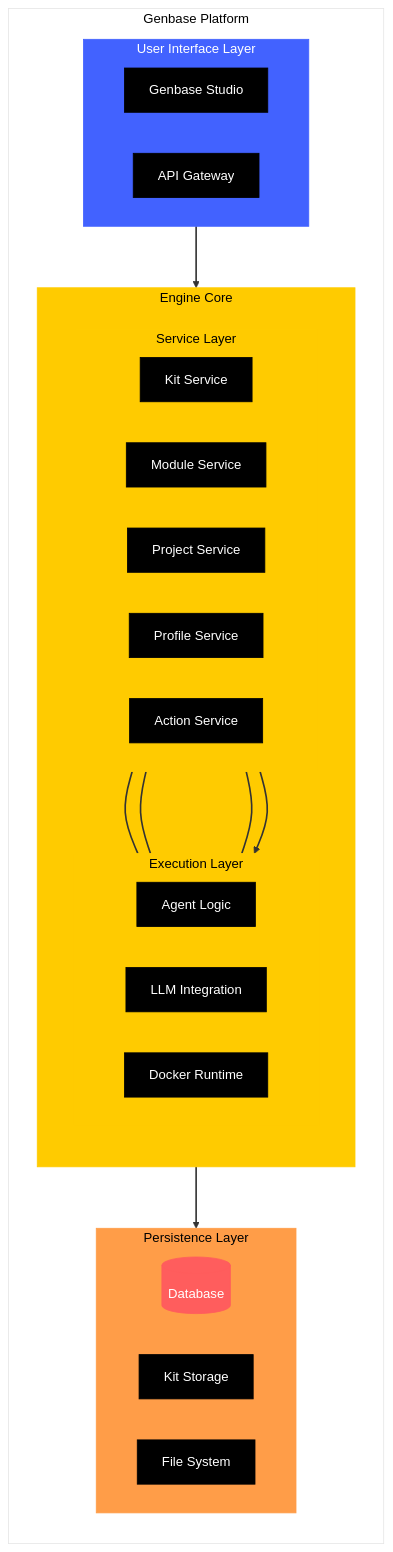
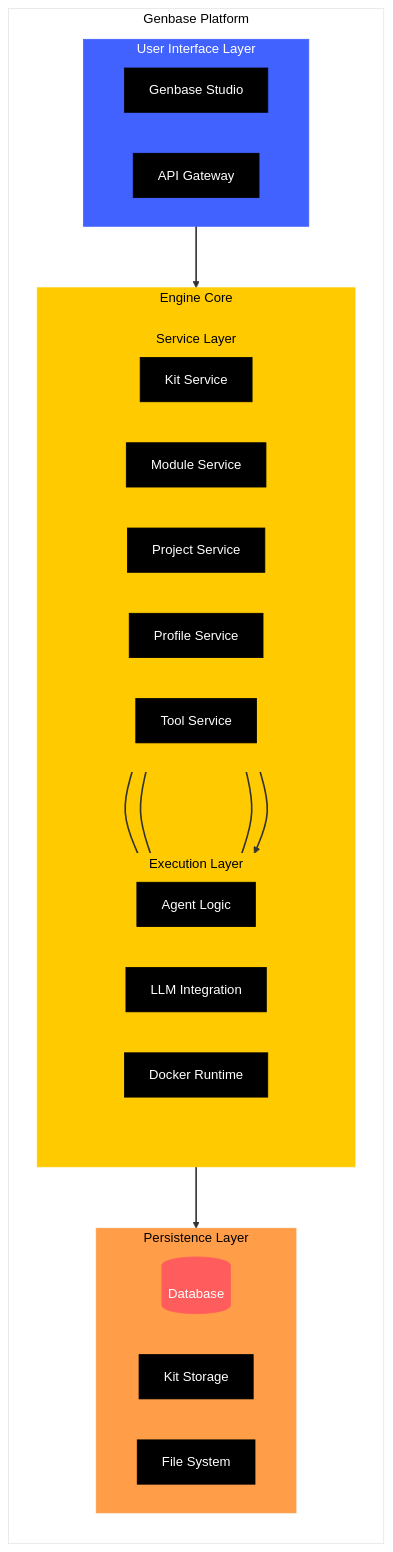
Before and after one commit to genbase-project/genbase: the diagram in docs/content/docs/index.mdx, drawn with Mermaid (forest theme). The commit also changed other lines of this file and 55 other files, not shown here.

Commit message:
rename action to tool

````diff
--- a/docs/content/docs/index.mdx
+++ b/docs/content/docs/index.mdx
@@ -98,72 +98,72 @@
 ```mermaid
 flowchart TD
     subgraph Genbase["Genbase Platform"]
         direction TB
         
         subgraph UI["User Interface Layer"]
             direction LR
             Studio["Genbase Studio"]
             API["API Gateway"]
         end
         
         UI --> Core
         
         subgraph Core["Engine Core"]
             direction TB
             
             subgraph Services["Service Layer"]
                 direction LR
                 KitSvc["Kit Service"]
                 ModuleSvc["Module Service"]
                 ProjectSvc["Project Service"]
                 ProfileSvc["Profile Service"]
-                ActionSvc["Action Service"]
+                ToolSvc["Tool Service"]
             end
             
             Services --> Execution
             
             subgraph Execution["Execution Layer"]
                 direction LR
                 Agents["Agent Logic"]
                 Models["LLM Integration"]
                 Docker["Docker Runtime"]
             end
         end
         
         Core --> Data
         
         subgraph Data["Persistence Layer"]
             direction LR
             DB[("Database")]
             KitStore["Kit Storage"]
             FileSystem["File System"]
         end
     end
     
     %% Straight line connections for key relationships
     ProfileSvc --- Agents
     ProfileSvc --- Models
-    ActionSvc --- Docker
+    ToolSvc --- Docker
     
     %% Styling based on Miro example with larger blocks
     classDef platform fill:#FFFFFF,color:#000000,stroke:#E6E6E6,stroke-width:1px
     classDef uiLayer fill:#4262FF,color:#FFFFFF,stroke:#4262FF
     classDef coreLayer fill:#FFCB00,color:#000000,stroke:#FFCB00
     classDef serviceLayer fill:#FFCB00,color:#000000,stroke:#FFCB00
     classDef execLayer fill:#FFCB00,color:#000000,stroke:#FFCB00
     classDef dataLayer fill:#FF9D48,color:#000000,stroke:#FF9D48
     classDef component fill:#000000,color:#FFFFFF,stroke:#000000
     classDef evalComponent fill:#FF5D5D,color:#FFFFFF,stroke:#FF5D5D
     
     class Genbase platform
     class UI uiLayer
     class Core,Services,Execution coreLayer
     class Data dataLayer
     class Studio,API component
-    class KitSvc,ModuleSvc,ProjectSvc,ProfileSvc,ActionSvc component
+    class KitSvc,ModuleSvc,ProjectSvc,ProfileSvc,ToolSvc component
     class Agents,Models,Docker component
     class DB evalComponent
     class KitStore,FileSystem component
 
     linkStyle default stroke:#333333,stroke-width:2px
 ```
````
